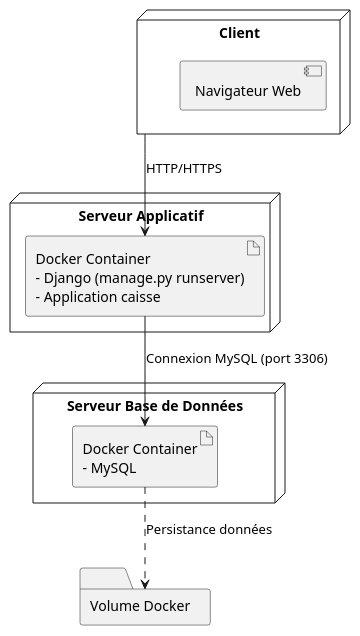
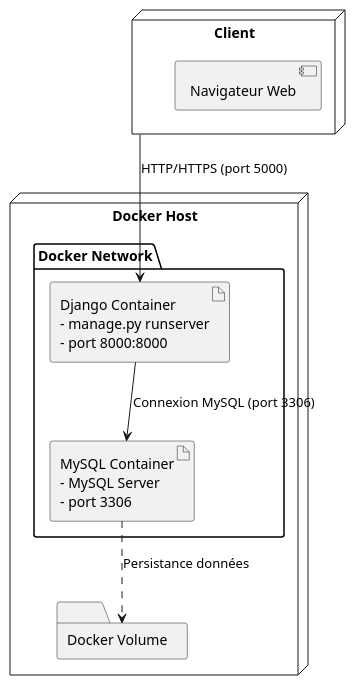
The diagram in docs/UML/diagrammeDeploiementVuePhysique.puml (CedricBosseETS/Lab0_CedricBosse), drawn with PlantUML before and after one commit. The commit also changed 7 other files, not shown here.

```diff
--- a/docs/UML/diagrammeDeploiementVuePhysique.puml
+++ b/docs/UML/diagrammeDeploiementVuePhysique.puml
@@ -1,20 +1,24 @@
 @startuml
+skinparam nodeMargin 15
+
 node "Client" as Client {
   [Navigateur Web]
 }
 
-node "Serveur Applicatif" as AppServer {
-  artifact "Docker Container\n- Django (manage.py runserver)\n- Application caisse" as DjangoApp
+node "Docker Host" as Host {
+  
+  folder "Docker Network" as Network {
+  
+    artifact "Django Container\n- manage.py runserver\n- port 8000:8000" as DjangoApp
+    artifact "MySQL Container\n- MySQL Server\n- port 3306" as MySQLDB
+
+    DjangoApp --> MySQLDB : Connexion MySQL (port 3306)
+  }
+
+  folder "Docker Volume" as Volume
+  MySQLDB ..> Volume : Persistance données
 }
 
-node "Serveur Base de Données" as DBServer {
-  artifact "Docker Container\n- MySQL" as MySQLDB
-}
-
-Client --> DjangoApp : HTTP/HTTPS
-DjangoApp --> MySQLDB : Connexion MySQL (port 3306)
-
-folder "Volume Docker" as Volume
-MySQLDB ..> Volume : Persistance données
+Client --> DjangoApp : HTTP/HTTPS (port 5000)
 
 @enduml
```
